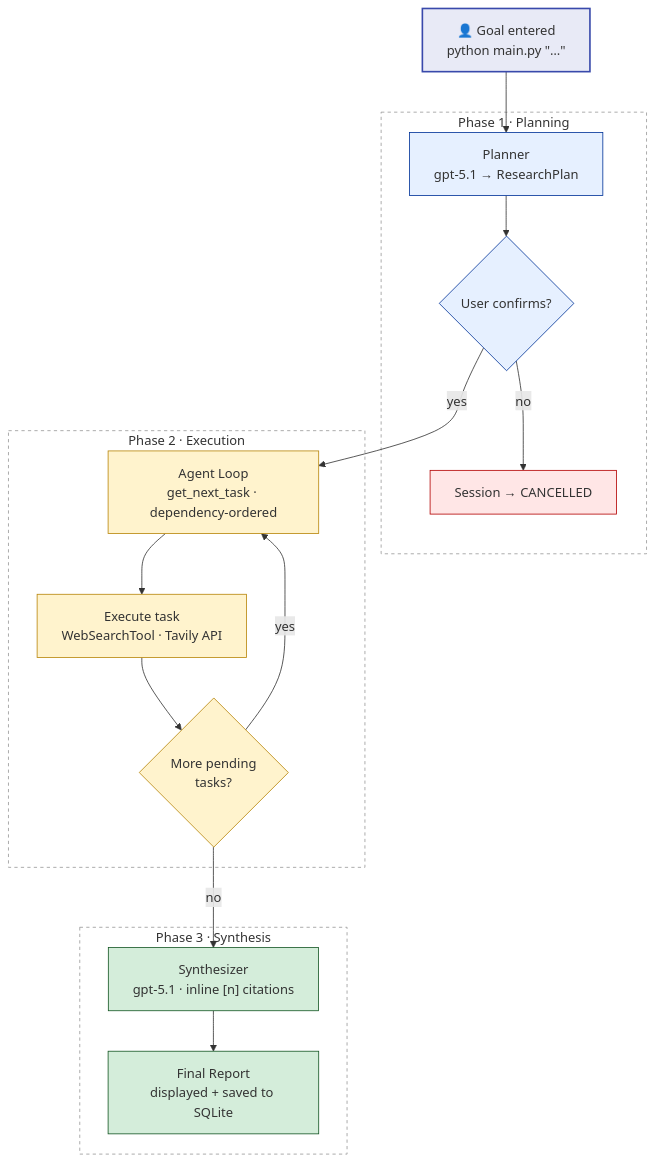
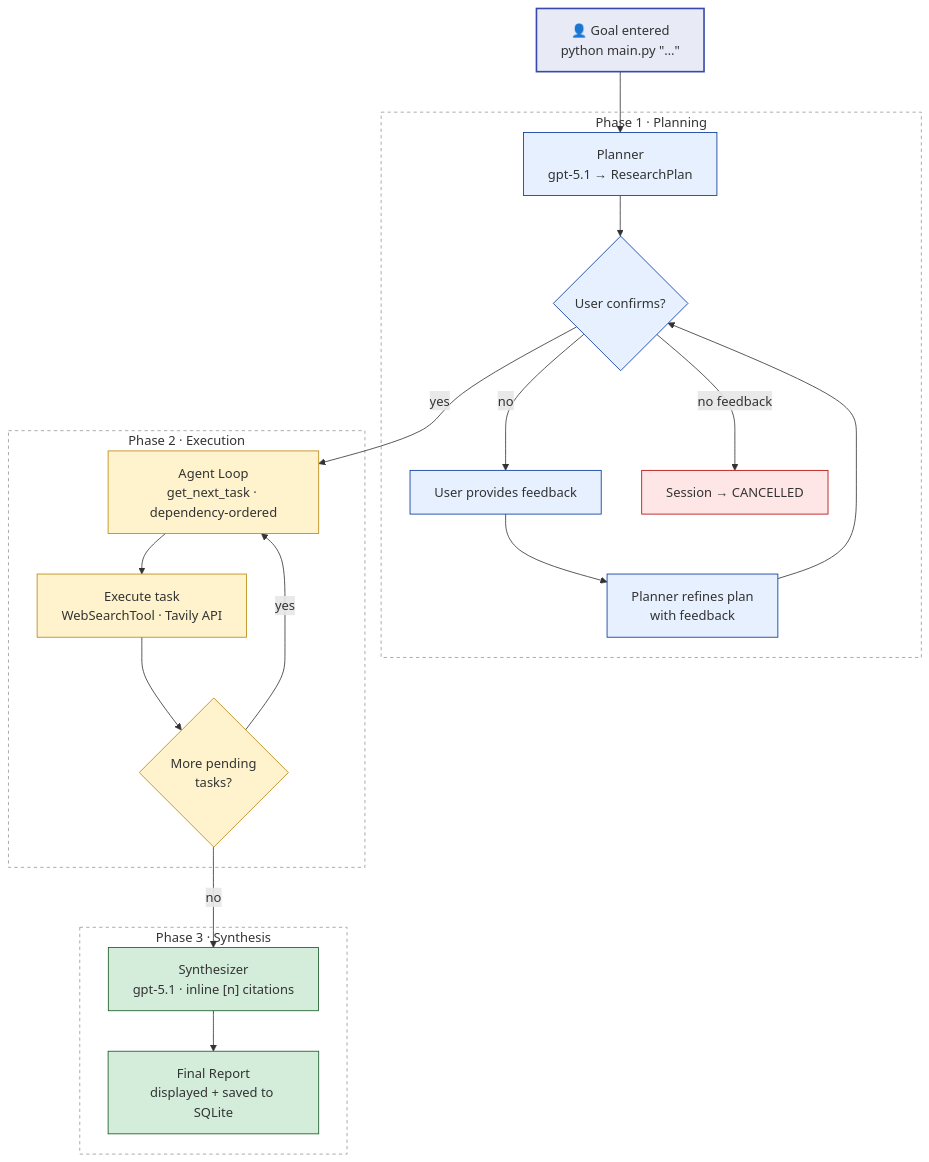
One commit to tinnlo/wolters_kluwer_case changed the first of 2 diagrams in docs/WALKTHROUGH.md. Above: the diagram before and after it, drawn with Mermaid. The commit also changed other lines of this file and 25 other files, not shown here.

````diff
--- a/docs/WALKTHROUGH.md
+++ b/docs/WALKTHROUGH.md
@@ -10,44 +10,47 @@
 ```mermaid
 graph TD
     GOAL["👤 Goal entered<br>python main.py &quot;…&quot;"]
 
     subgraph PHASE1["Phase 1 · Planning"]
         P["Planner<br>gpt-5.1 → ResearchPlan"]
         CONFIRM{"User confirms?"}
+        FEEDBACK["User provides feedback"]
+        REFINE["Planner refines plan<br>with feedback"]
         CANCEL["Session → CANCELLED"]
     end
 
     subgraph PHASE2["Phase 2 · Execution"]
         LOOP["Agent Loop<br>get_next_task · dependency-ordered"]
         TASK["Execute task<br>WebSearchTool · Tavily API"]
         MORE{"More pending<br>tasks?"}
     end
 
     subgraph PHASE3["Phase 3 · Synthesis"]
         SYNTH["Synthesizer<br>gpt-5.1 · inline [n] citations"]
         REPORT["Final Report<br>displayed + saved to SQLite"]
     end
 
     GOAL --> P --> CONFIRM
-    CONFIRM -- no --> CANCEL
+    CONFIRM -- no --> FEEDBACK --> REFINE --> CONFIRM
+    CONFIRM -- no feedback --> CANCEL
     CONFIRM -- yes --> LOOP
     LOOP --> TASK --> MORE
     MORE -- yes --> LOOP
     MORE -- no --> SYNTH --> REPORT
 
     classDef usernode  fill:#e8eaf6,stroke:#3949ab,stroke-width:2px
     classDef planning  fill:#e6f0ff,stroke:#003399,stroke-width:1px
     classDef execution fill:#fff3cd,stroke:#b8860b,stroke-width:1px
     classDef synthesis fill:#d4edda,stroke:#155724,stroke-width:1px
     classDef cancel    fill:#ffe6e6,stroke:#b30000,stroke-width:1px
 
     class GOAL usernode
-    class P,CONFIRM planning
+    class P,CONFIRM,FEEDBACK,REFINE planning
     class LOOP,TASK,MORE execution
     class SYNTH,REPORT synthesis
     class CANCEL cancel
 
     style PHASE1 fill:transparent,stroke:#999,stroke-width:1px,stroke-dasharray:4 4
     style PHASE2 fill:transparent,stroke:#999,stroke-width:1px,stroke-dasharray:4 4
     style PHASE3 fill:transparent,stroke:#999,stroke-width:1px,stroke-dasharray:4 4
 ```
````
